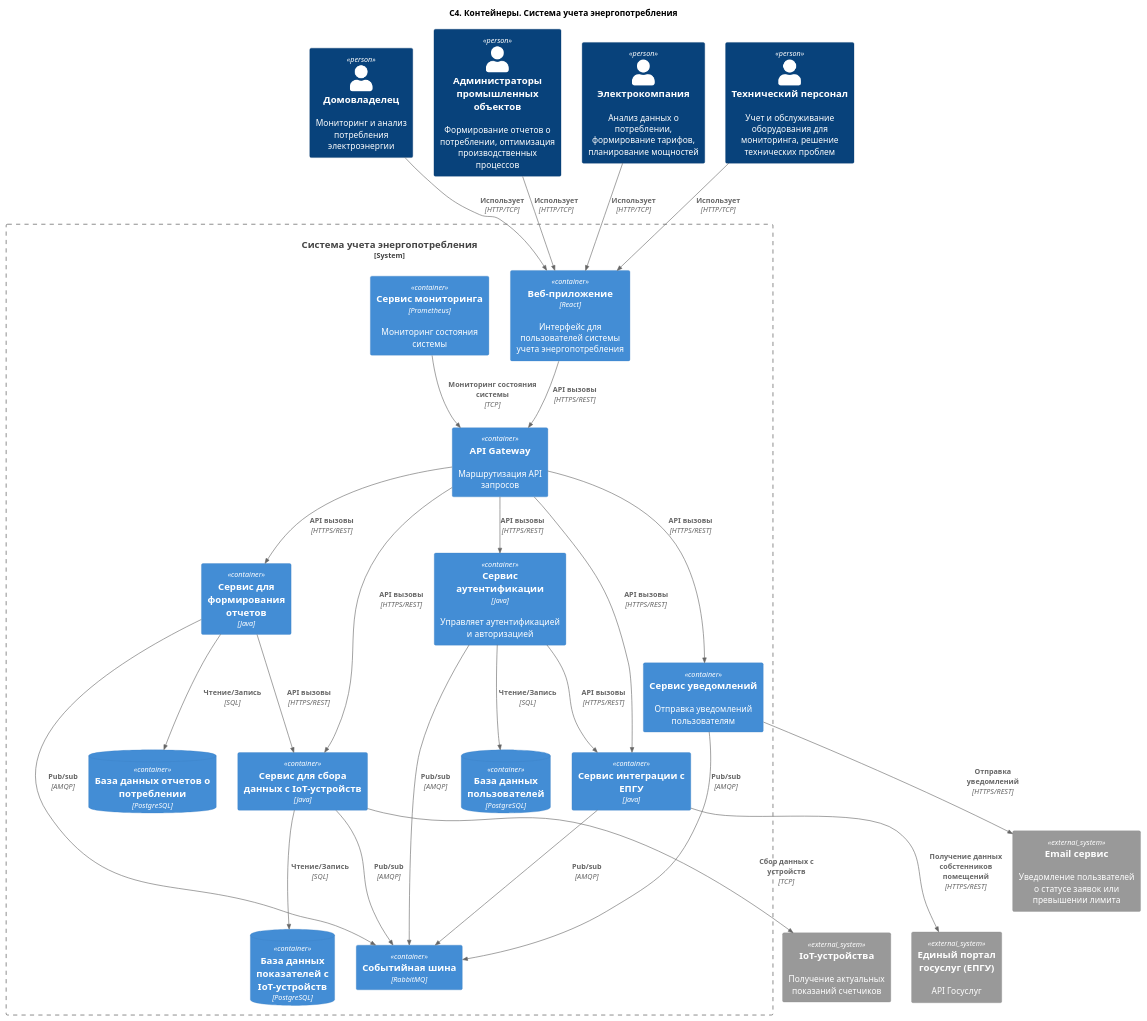
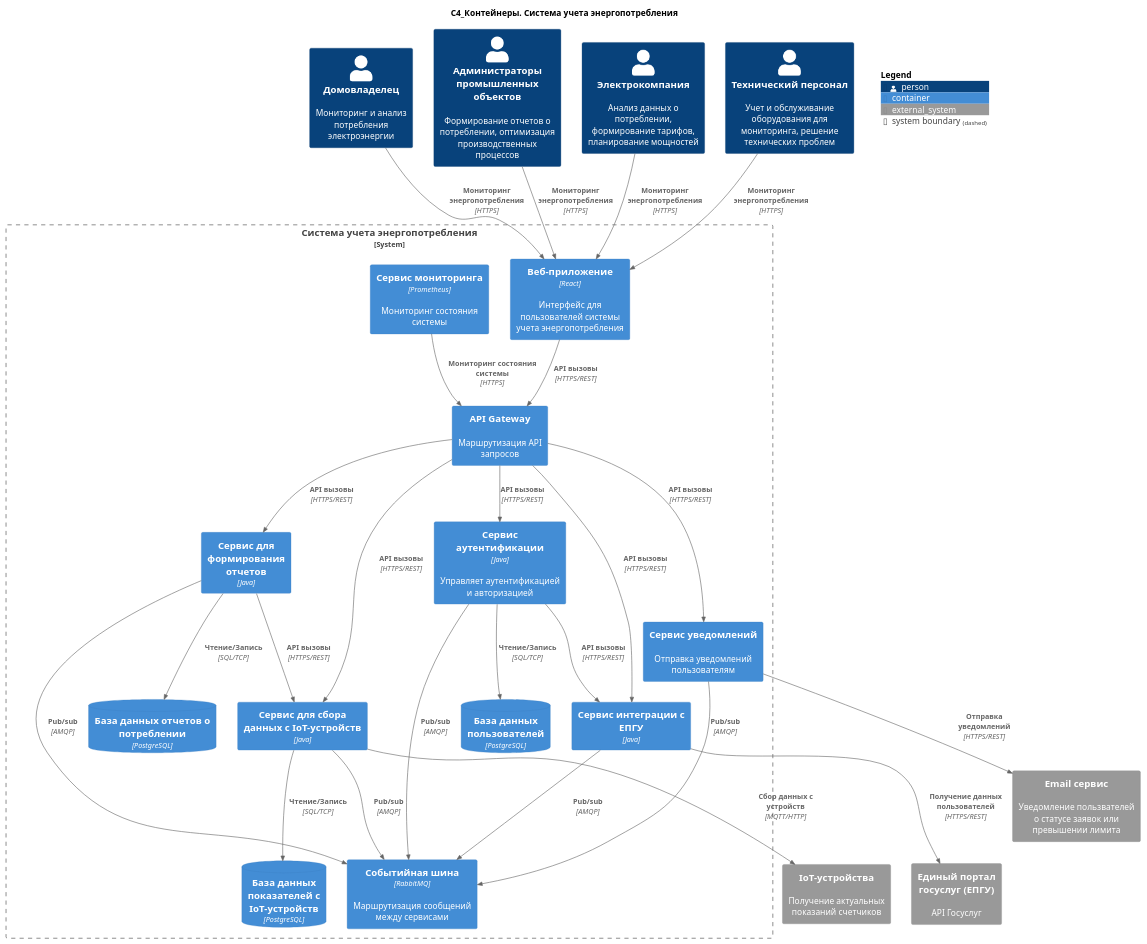
Before and after one commit to I1yaMatveev/SoftwareDevelopmentTechnology: the diagram in 2. Технический проект/container.puml, drawn with PlantUML. The commit also changed 3 other files, not shown here.

```diff
--- a/2. Технический проект/container.puml
+++ b/2. Технический проект/container.puml
@@ -1,69 +1,70 @@
 @startuml Диаграмма контейнеров
-title "C4. Контейнеры. Система учета энергопотребления"
-
+title "C4_Контейнеры. Система учета энергопотребления"
 !include https://raw.githubusercontent.com/plantuml-stdlib/C4-PlantUML/master/C4_Container.puml
 
 Person(homeowner, "Домовладелец", "Мониторинг и анализ потребления электроэнергии")
 Person(industrialFacilityAministrator, "Администраторы промышленных объектов", "Формирование отчетов о потреблении, оптимизация производственных процессов")
 Person(electricCompany, "Электрокомпания", "Анализ данных о потреблении, формирование тарифов, планирование мощностей")
 Person(technicalStaff, "Технический персонал", "Учет и обслуживание оборудования для мониторинга, решение технических проблем")
 
 System_Boundary(appBoundary, "Система учета энергопотребления") {
     Container(webApp, "Веб-приложение", "React", "Интерфейс для пользователей системы учета энергопотребления")
     Container(apiGateway, "API Gateway", "", "Маршрутизация API запросов")
 
     Container(authenticationService, "Сервис аутентификации", "Java", "Управляет аутентификацией и авторизацией")
     ContainerDb(authDB, "База данных пользователей", "PostgreSQL")
 
     Container(energyDataCollector, "Сервис для сбора данных с IoT-устройств", "Java")
     ContainerDb(energyDataCollectorDB, "База данных показателей с IoT-устройств", "PostgreSQL")
 
     Container(reportService, "Сервис для формирования отчетов", "Java")
     ContainerDb(reportDB, "База данных отчетов о потреблении", "PostgreSQL")
 
     Container(govPortalIntegrationService, "Сервис интеграции с ЕПГУ", "Java")
 
     Container(monitoringService, "Сервис мониторинга", "Prometheus", "Мониторинг состояния системы")
 
     Container(notificationService, "Сервис уведомлений", "", "Отправка уведомлений пользователям")
 
-    Container(messageBroker, "Событийная шина", "RabbitMQ")
+    Container(messageBroker, "Событийная шина", "RabbitMQ", "Маршрутизация сообщений между сервисами")
 }
 
 System_Ext(ioTDevices, "IoT-устройства", "Получение актуальных показаний счетчиков")
 System_Ext(govAPI, "Единый портал госуслуг (ЕПГУ)", "API Госуслуг")
 System_Ext(notificationServiceExt, "Email сервис", "Уведомление пользвателей о статусе заявок или превышении лимита")
 
-Rel(homeowner, webApp, "Использует", "HTTP/TCP")
-Rel(industrialFacilityAministrator, webApp, "Использует", "HTTP/TCP")
-Rel(electricCompany, webApp, "Использует", "HTTP/TCP")
-Rel(technicalStaff, webApp, "Использует", "HTTP/TCP")
+Rel(homeowner, webApp, "Мониторинг энергопотребления", "HTTPS")
+Rel(industrialFacilityAministrator, webApp, "Мониторинг энергопотребления", "HTTPS")
+Rel(electricCompany, webApp, "Мониторинг энергопотребления", "HTTPS")
+Rel(technicalStaff, webApp, "Мониторинг энергопотребления", "HTTPS")
 
-Rel(monitoringService, apiGateway, "Мониторинг состояния системы", "TCP")
+Rel(monitoringService, apiGateway, "Мониторинг состояния системы", "HTTPS")
 
 Rel(webApp, apiGateway, "API вызовы", "HTTPS/REST")
 
 Rel(apiGateway, authenticationService, "API вызовы", "HTTPS/REST")
 Rel(apiGateway, energyDataCollector, "API вызовы", "HTTPS/REST")
 Rel(apiGateway, reportService, "API вызовы", "HTTPS/REST")
 Rel(apiGateway, govPortalIntegrationService, "API вызовы", "HTTPS/REST")
 Rel(apiGateway, notificationService, "API вызовы", "HTTPS/REST")
 
-Rel(authenticationService, authDB, "Чтение/Запись", "SQL")
-Rel(energyDataCollector, energyDataCollectorDB, "Чтение/Запись", "SQL")
-Rel(reportService, reportDB, "Чтение/Запись", "SQL")
+Rel(authenticationService, authDB, "Чтение/Запись", "SQL/TCP")
+Rel(energyDataCollector, energyDataCollectorDB, "Чтение/Запись", "SQL/TCP")
+Rel(reportService, reportDB, "Чтение/Запись", "SQL/TCP")
 
 Rel(authenticationService, govPortalIntegrationService, "API вызовы", "HTTPS/REST")
 Rel(reportService, energyDataCollector, "API вызовы", "HTTPS/REST")
 
-Rel(govPortalIntegrationService, govAPI, "Получение данных собстенников помещений", "HTTPS/REST")
-Rel(energyDataCollector, ioTDevices, "Сбор данных с устройств", "TCP")
+Rel(govPortalIntegrationService, govAPI, "Получение данных пользователей", "HTTPS/REST")
+Rel(energyDataCollector, ioTDevices, "Сбор данных с устройств", "MQTT/HTTP")
 Rel(notificationService, notificationServiceExt, "Отправка уведомлений", "HTTPS/REST")
 
 Rel(authenticationService, messageBroker, "Pub/sub", "AMQP")
 Rel(energyDataCollector, messageBroker, "Pub/sub", "AMQP")
 Rel(reportService, messageBroker, "Pub/sub", "AMQP")
 Rel(govPortalIntegrationService, messageBroker, "Pub/sub", "AMQP")
 Rel(notificationService, messageBroker, "Pub/sub", "AMQP")
 
+SHOW_FLOATING_LEGEND()
+
 @enduml
```
